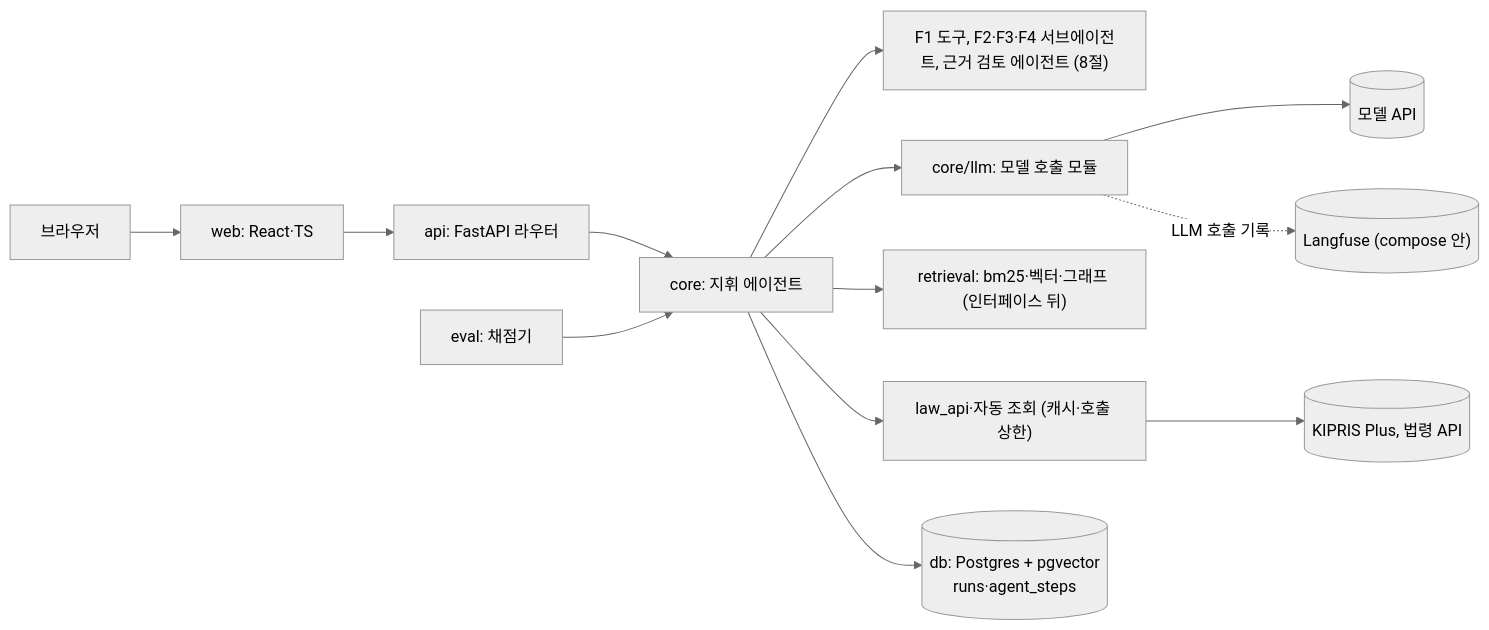
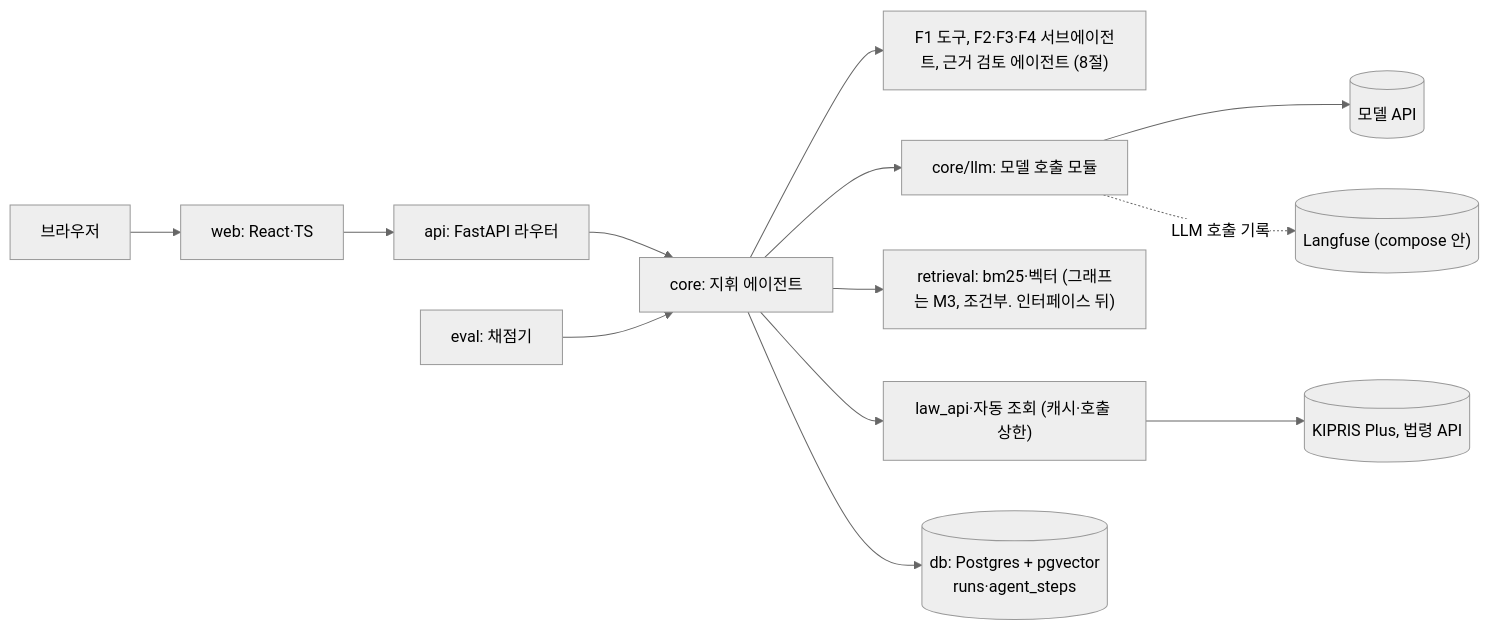
Before and after one commit to merge-mates/patent-ai-workspace: the first of 2 diagrams in docs/architecture.md, drawn with Mermaid (neutral theme). The commit also changed other lines of this file and 5 other files, not shown here.

````diff
--- a/docs/architecture.md
+++ b/docs/architecture.md
@@ -6,13 +6,13 @@
 ```mermaid
 flowchart LR
   B[브라우저] --> W["web: React·TS"]
   W --> A["api: FastAPI 라우터"]
   A --> O["core: 지휘 에이전트"]
   O --> S["F1 도구, F2·F3·F4 서브에이전트, 근거 검토 에이전트 (8절)"]
   O --> L["core/llm: 모델 호출 모듈"] --> M[(모델 API)]
-  O --> R["retrieval: bm25·벡터·그래프 (인터페이스 뒤)"]
+  O --> R["retrieval: bm25·벡터 (그래프는 M3, 조건부. 인터페이스 뒤)"]
   O --> X["law_api·자동 조회 (캐시·호출 상한)"] --> K[(KIPRIS Plus, 법령 API)]
   O --> D[("db: Postgres + pgvector<br/>runs·agent_steps")]
   L -.LLM 호출 기록.-> LF[("Langfuse (compose 안)")]
   E["eval: 채점기"] --> O
 ```
````
